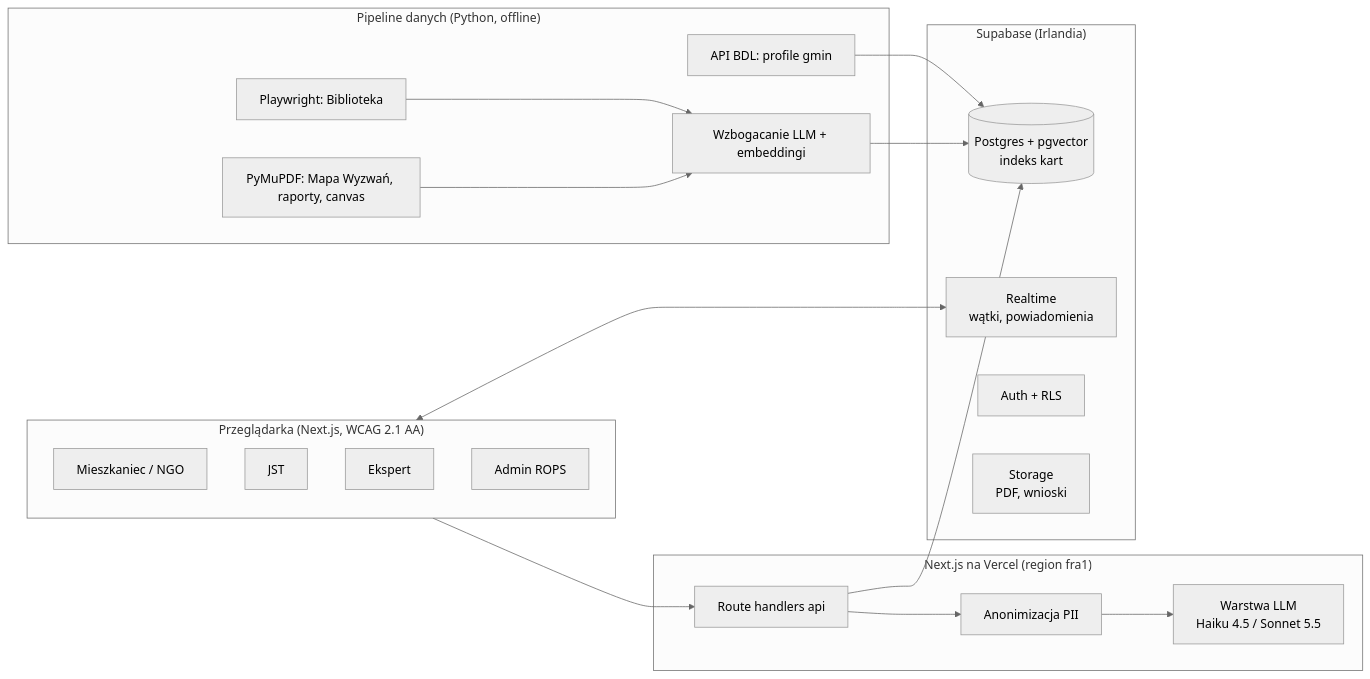
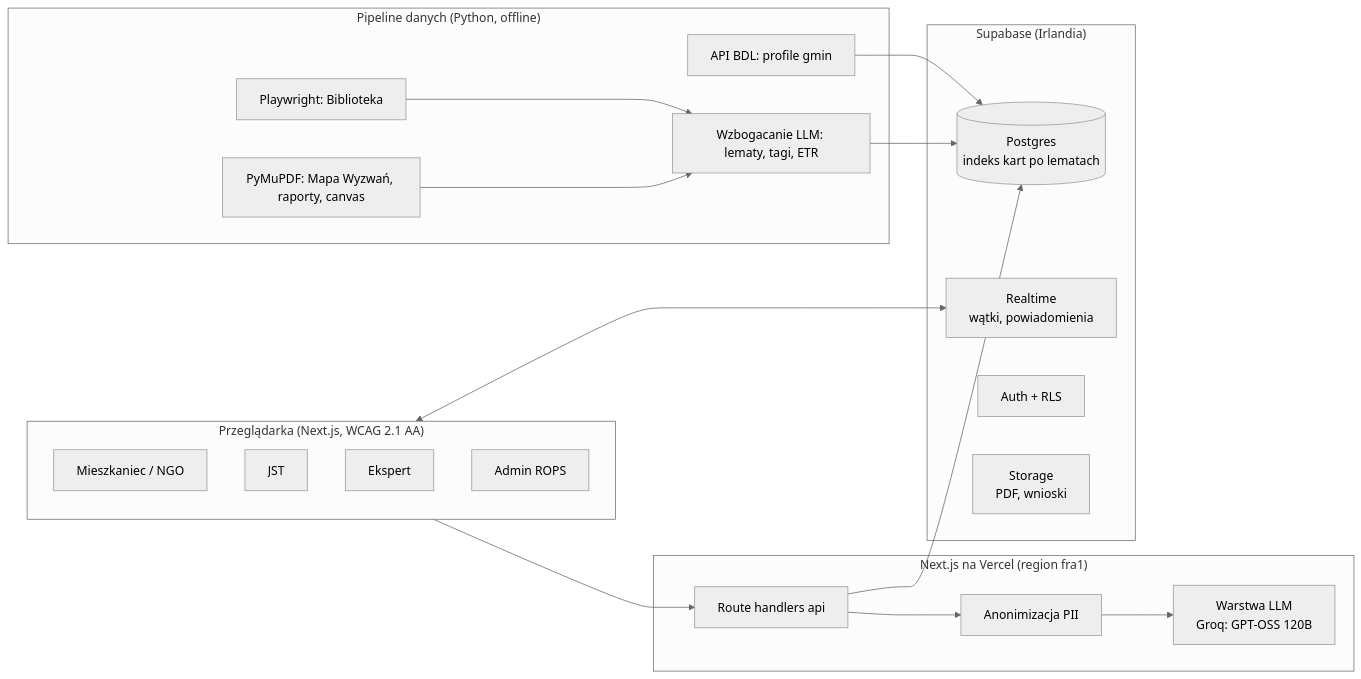
Before and after one commit to JaQubus/Spolecznik: the first of 3 diagrams in README.md, drawn with Mermaid (neutral theme). The commit also changed other lines of this file and 56 other files, not shown here.

````diff
--- a/README.md
+++ b/README.md
@@ -77,34 +77,34 @@
 ```mermaid
 flowchart LR
   subgraph K["Przeglądarka (Next.js, WCAG 2.1 AA)"]
     U1[Mieszkaniec / NGO]
     U2[JST]
     U3[Ekspert]
     U4[Admin ROPS]
   end
   subgraph A["Next.js na Vercel (region fra1)"]
     API[Route handlers api]
     PII[Anonimizacja PII]
-    LLM[Warstwa LLM<br/>Haiku 4.5 / Sonnet 5.5]
+    LLM[Warstwa LLM<br/>Groq: GPT-OSS 120B]
   end
   subgraph D["Supabase (Irlandia)"]
-    PG[(Postgres + pgvector<br/>indeks kart)]
+    PG[(Postgres<br/>indeks kart po lematach)]
     RT[Realtime<br/>wątki, powiadomienia]
     AU[Auth + RLS]
     ST[Storage<br/>PDF, wnioski]
   end
   subgraph P["Pipeline danych (Python, offline)"]
     SC[Playwright: Biblioteka]
     PD[PyMuPDF: Mapa Wyzwań, raporty, canvas]
     BD[API BDL: profile gmin]
-    EN[Wzbogacanie LLM + embeddingi]
+    EN[Wzbogacanie LLM: lematy, tagi, ETR]
   end
   K --> API
   API --> PII --> LLM
   API --> PG
   K <--> RT
   SC --> EN
   PD --> EN
   BD --> PG
   EN --> PG
 ```
````
